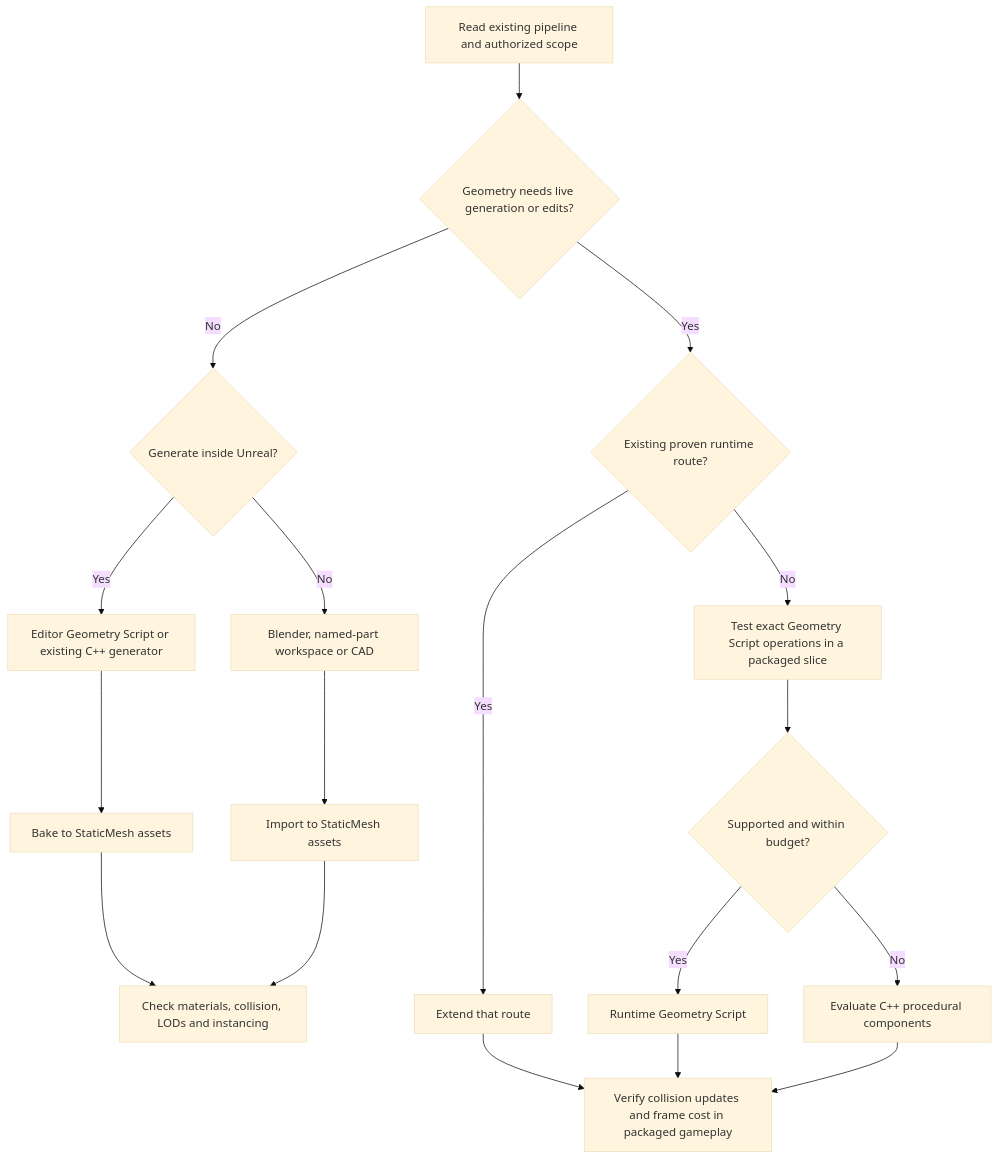
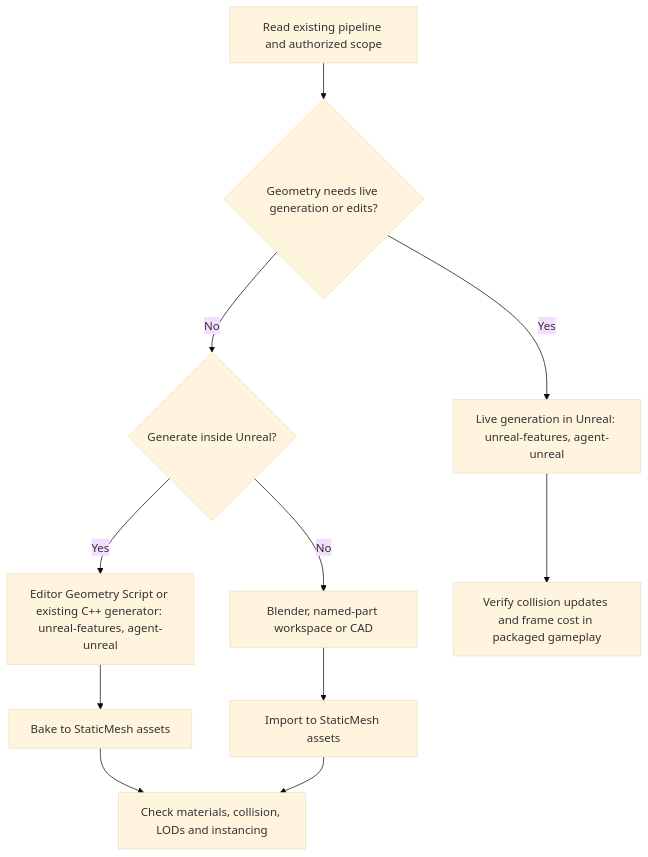
The diagram in skills/mesh-tool-selection/references/unreal-decision-tree.md (ehartye/agent-meshes), drawn with Mermaid (base theme) before and after one commit. The commit also changed other lines of this file and 6 other files, not shown here.

````diff
--- a/skills/mesh-tool-selection/references/unreal-decision-tree.md
+++ b/skills/mesh-tool-selection/references/unreal-decision-tree.md
@@ -6,21 +6,14 @@
 ```mermaid
 flowchart TD
     A[Read existing pipeline and authorized scope] --> B{Geometry needs live generation or edits?}
     B -- No --> C{Generate inside Unreal?}
-    C -- Yes --> D[Editor Geometry Script or existing C++ generator]
+    C -- Yes --> D[Editor Geometry Script or existing C++ generator: unreal-features, agent-unreal]
     C -- No --> E[Blender, named-part workspace or CAD]
     D --> F[Bake to StaticMesh assets]
     E --> G[Import to StaticMesh assets]
     F --> H[Check materials, collision, LODs and instancing]
     G --> H
 
-    B -- Yes --> I{Existing proven runtime route?}
-    I -- Yes --> J[Extend that route]
-    I -- No --> K[Test exact Geometry Script operations in a packaged slice]
-    K --> L{Supported and within budget?}
-    L -- Yes --> M[Runtime Geometry Script]
-    L -- No --> N[Evaluate C++ procedural components]
-    J --> O[Verify collision updates and frame cost in packaged gameplay]
-    M --> O
-    N --> O
+    B -- Yes --> I[Live generation in Unreal: unreal-features, agent-unreal]
+    I --> O[Verify collision updates and frame cost in packaged gameplay]
 ```
````
